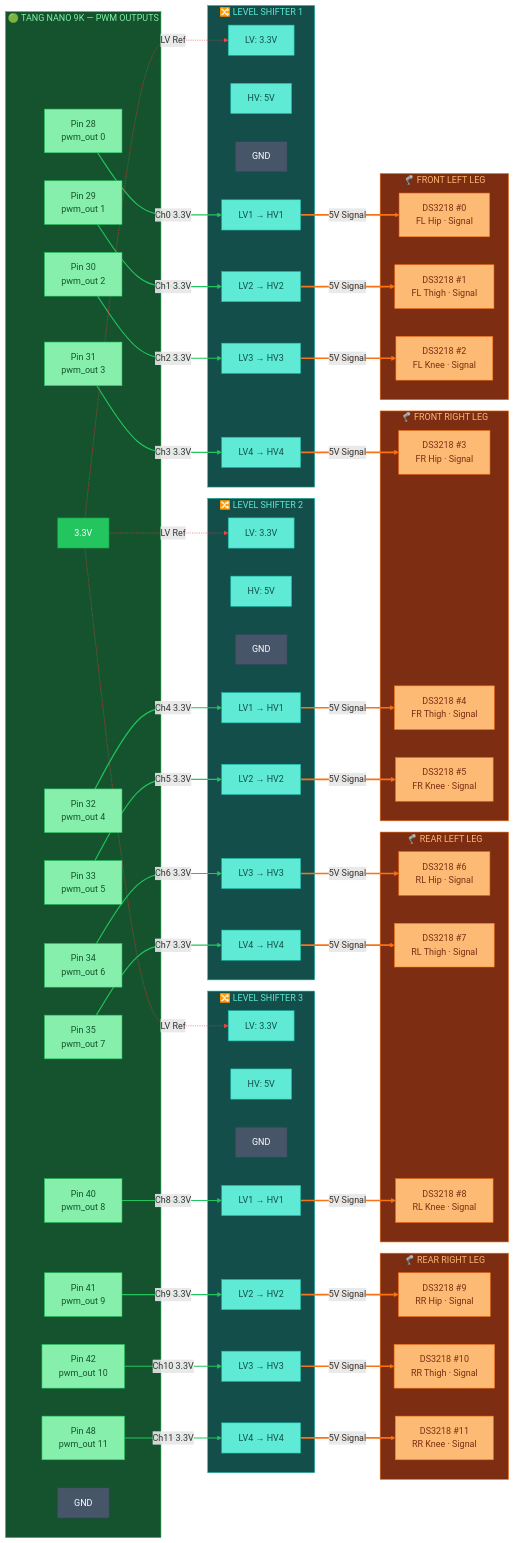
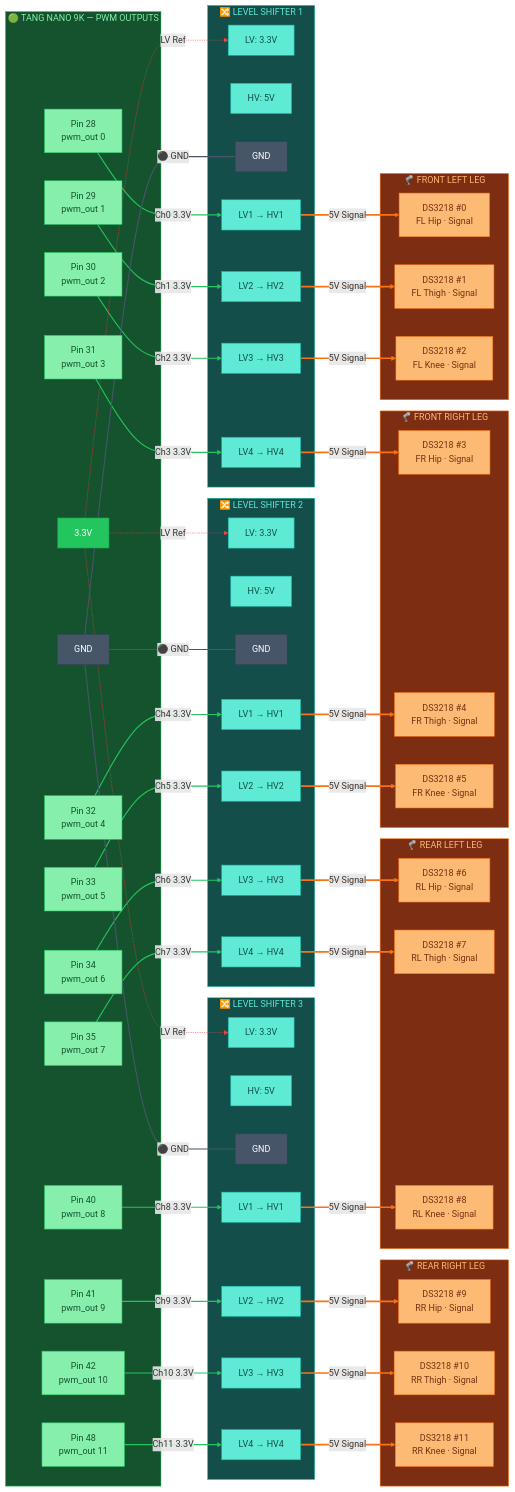
The second of 5 diagrams in control/docs/wiring_pwm.md (Major-Project-001/VIGIL-RQ), drawn with Mermaid before and after one commit.

Commit message:
fix: add missing GND connections for level shifters in PWM wiring diagram

```diff
--- a/control/docs/wiring_pwm.md
+++ b/control/docs/wiring_pwm.md
@@ -192,9 +192,15 @@
     F_3V3 -.->|"LV Ref"| LS2_LV
     F_3V3 -.->|"LV Ref"| LS3_LV
 
+    %% Ground connections (links 27-30)
+    F_GND ---|"⚫ GND"| LS1_GND
+    F_GND ---|"⚫ GND"| LS2_GND
+    F_GND ---|"⚫ GND"| LS3_GND
+
     linkStyle 0,1,2,3,4,5,6,7,8,9,10,11 stroke:#22c55e,stroke-width:2px
     linkStyle 12,13,14,15,16,17,18,19,20,21,22,23 stroke:#f97316,stroke-width:3px
     linkStyle 24,25,26 stroke:#ef4444,stroke-width:1px
+    linkStyle 27,28,29 stroke:#475569,stroke-width:2px
 
     style FPGA_PWM fill:#14532d,stroke:#22c55e,color:#86efac
     style LS1 fill:#134e4a,stroke:#14b8a6,color:#5eead4
```
